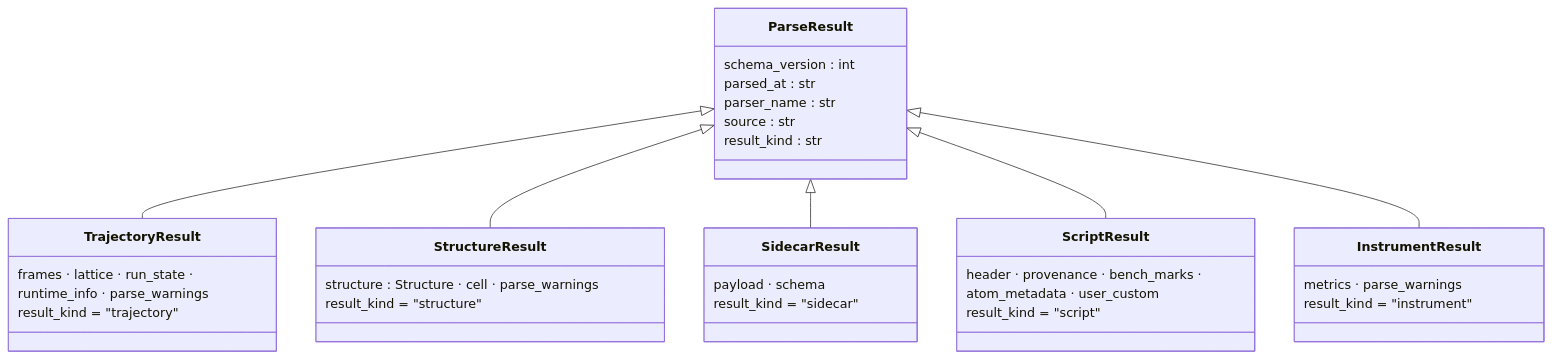
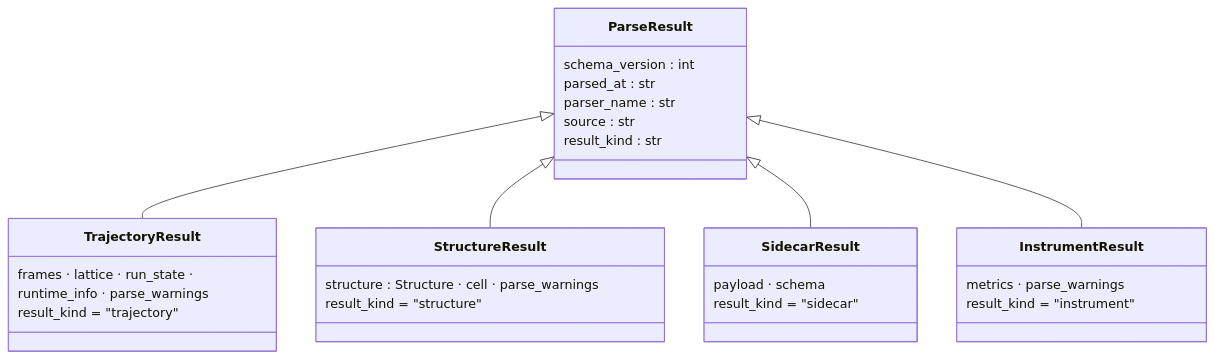
The first of 2 diagrams in docs/model/parse.md (Qing-LAB/molbuilder), drawn with Mermaid before and after one commit. The commit also changed other lines of this file and 22 other files, not shown here.

````diff
--- a/docs/model/parse.md
+++ b/docs/model/parse.md
@@ -53,37 +61,31 @@
 ```mermaid
 classDiagram
     class ParseResult {
         schema_version : int
         parsed_at : str
         parser_name : str
         source : str
         result_kind : str
     }
     class TrajectoryResult {
         frames · lattice · run_state ·
         runtime_info · parse_warnings
         result_kind = "trajectory"
     }
     class StructureResult {
         structure : Structure · cell · parse_warnings
         result_kind = "structure"
     }
     class SidecarResult {
         payload · schema
         result_kind = "sidecar"
     }
-    class ScriptResult {
-        header · provenance · bench_marks ·
-        atom_metadata · user_custom
-        result_kind = "script"
-    }
     class InstrumentResult {
         metrics · parse_warnings
         result_kind = "instrument"
     }
     ParseResult <|-- TrajectoryResult
     ParseResult <|-- StructureResult
     ParseResult <|-- SidecarResult
-    ParseResult <|-- ScriptResult
     ParseResult <|-- InstrumentResult
 ```
````
